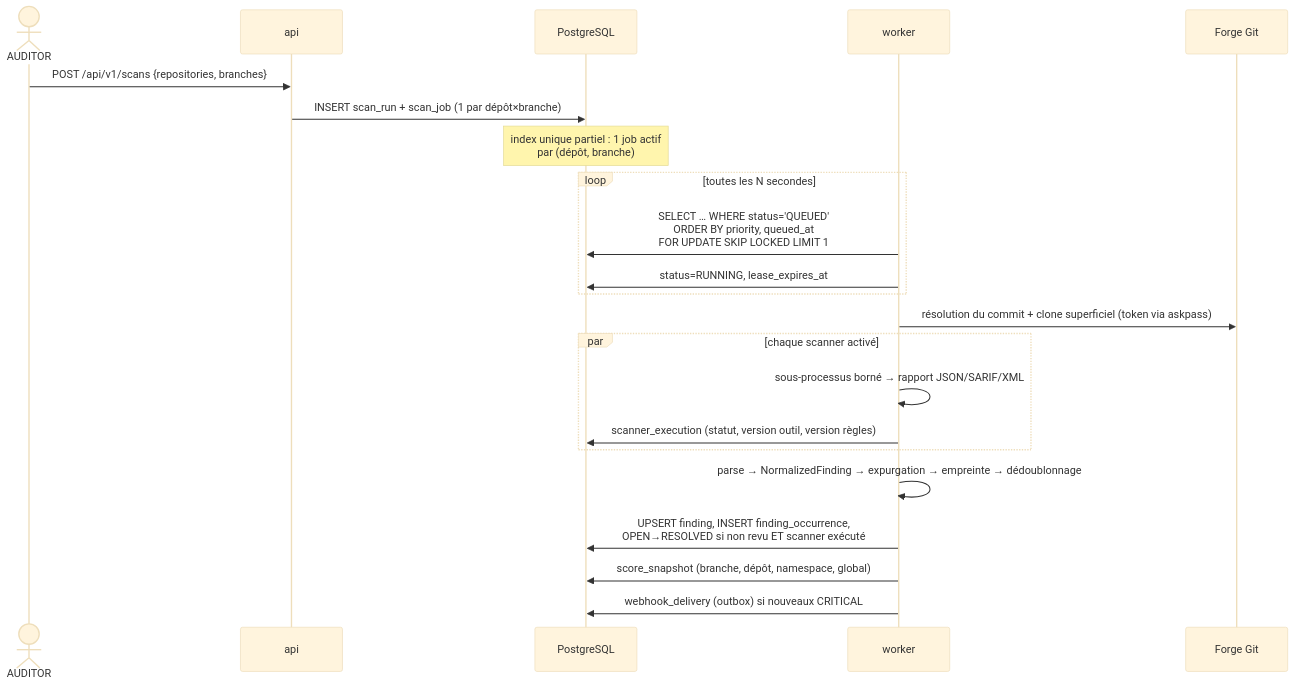
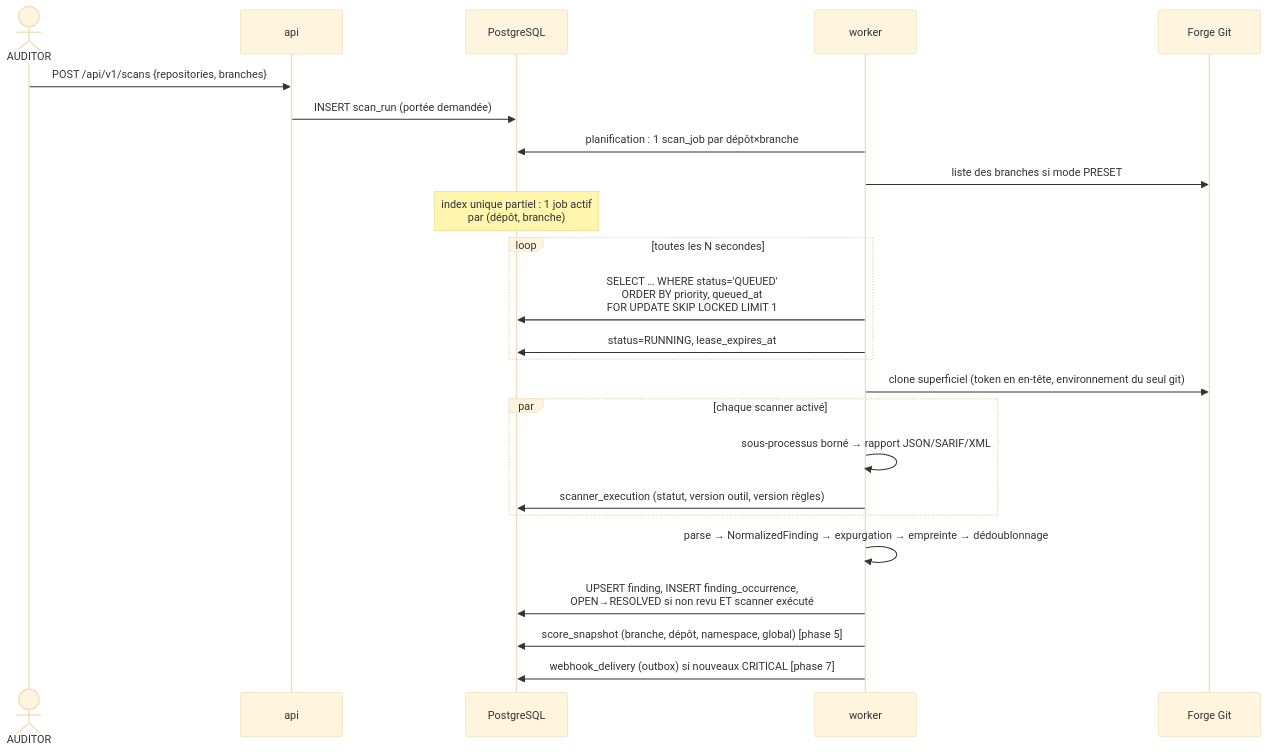
One commit to momos95/saytu changed the second of 2 diagrams in docs/architecture.md. Above: the diagram before and after it, drawn with Mermaid (base theme). The commit also changed other lines of this file and 21 other files, not shown here.

````diff
--- a/docs/architecture.md
+++ b/docs/architecture.md
@@ -175,24 +186,26 @@
 ```mermaid
 sequenceDiagram
   actor U as AUDITOR
   participant A as api
   participant DB as PostgreSQL
   participant W as worker
   participant G as Forge Git
   U->>A: POST /api/v1/scans {repositories, branches}
-  A->>DB: INSERT scan_run + scan_job (1 par dépôt×branche)
+  A->>DB: INSERT scan_run (portée demandée)
+  W->>DB: planification : 1 scan_job par dépôt×branche
+  W->>G: liste des branches si mode PRESET
   Note over DB: index unique partiel : 1 job actif<br/>par (dépôt, branche)
   loop toutes les N secondes
     W->>DB: SELECT … WHERE status='QUEUED'<br/>ORDER BY priority, queued_at<br/>FOR UPDATE SKIP LOCKED LIMIT 1
     W->>DB: status=RUNNING, lease_expires_at
   end
-  W->>G: résolution du commit + clone superficiel (token via askpass)
+  W->>G: clone superficiel (token en en-tête, environnement du seul git)
   par chaque scanner activé
     W->>W: sous-processus borné → rapport JSON/SARIF/XML
     W->>DB: scanner_execution (statut, version outil, version règles)
   end
   W->>W: parse → NormalizedFinding → expurgation → empreinte → dédoublonnage
   W->>DB: UPSERT finding, INSERT finding_occurrence,<br/>OPEN→RESOLVED si non revu ET scanner exécuté
-  W->>DB: score_snapshot (branche, dépôt, namespace, global)
-  W->>DB: webhook_delivery (outbox) si nouveaux CRITICAL
+  W->>DB: score_snapshot (branche, dépôt, namespace, global) [phase 5]
+  W->>DB: webhook_delivery (outbox) si nouveaux CRITICAL [phase 7]
 ```
````
